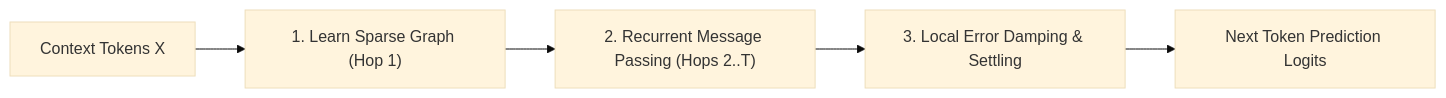
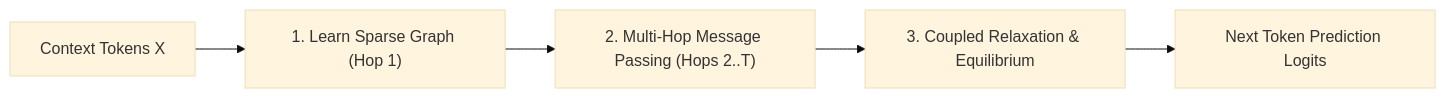
Before and after one commit to becabytess/Markov-chain-attention-transformer: the first of 2 diagrams in README.md, drawn with Mermaid (base theme). The commit also changed other lines of this file, not shown here.

Commit message:
Add coupled dynamical relaxation and energy redistribution mental model to README

````diff
--- a/README.md
+++ b/README.md
@@ -27,7 +49,7 @@
 ```mermaid
 flowchart LR
     Tokens["Context Tokens X"] --> Graph["1. Learn Sparse Graph (Hop 1)"]
-    Graph --> MsgPass["2. Recurrent Message Passing (Hops 2..T)"]
-    MsgPass --> Settle["3. Local Error Damping & Settling"]
+    Graph --> MsgPass["2. Multi-Hop Message Passing (Hops 2..T)"]
+    MsgPass --> Settle["3. Coupled Relaxation & Equilibrium"]
     Settle --> Out["Next Token Prediction Logits"]
 ```
````
